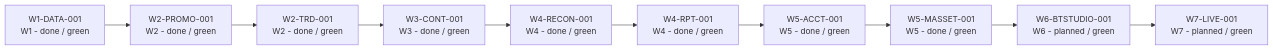
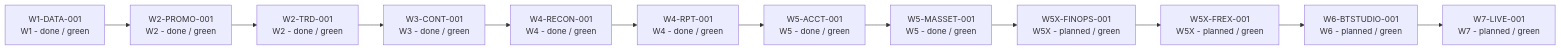
One commit to rodoHasArrived/Meridian-main changed the diagram in docs/architecture/diagrams/meridian-development-roadmap.mmd. Above: the diagram before and after it, drawn with Mermaid. The commit also changed 25 other files, not shown here.

```diff
--- a/docs/architecture/diagrams/meridian-development-roadmap.mmd
+++ b/docs/architecture/diagrams/meridian-development-roadmap.mmd
@@ -1,20 +1,24 @@
 flowchart LR
   W1_DATA_001["W1-DATA-001\nW1 - done / green"]
   W2_PROMO_001["W2-PROMO-001\nW2 - done / green"]
   W1_DATA_001 --> W2_PROMO_001
   W2_TRD_001["W2-TRD-001\nW2 - done / green"]
   W2_PROMO_001 --> W2_TRD_001
   W3_CONT_001["W3-CONT-001\nW3 - done / green"]
   W2_TRD_001 --> W3_CONT_001
   W4_RECON_001["W4-RECON-001\nW4 - done / green"]
   W3_CONT_001 --> W4_RECON_001
   W4_RPT_001["W4-RPT-001\nW4 - done / green"]
   W4_RECON_001 --> W4_RPT_001
   W5_ACCT_001["W5-ACCT-001\nW5 - done / green"]
   W4_RPT_001 --> W5_ACCT_001
   W5_MASSET_001["W5-MASSET-001\nW5 - done / green"]
   W5_ACCT_001 --> W5_MASSET_001
+  W5X_FINOPS_001["W5X-FINOPS-001\nW5X - planned / green"]
+  W5_MASSET_001 --> W5X_FINOPS_001
+  W5X_FREX_001["W5X-FREX-001\nW5X - planned / green"]
+  W5X_FINOPS_001 --> W5X_FREX_001
   W6_BTSTUDIO_001["W6-BTSTUDIO-001\nW6 - planned / green"]
-  W5_MASSET_001 --> W6_BTSTUDIO_001
+  W5X_FREX_001 --> W6_BTSTUDIO_001
   W7_LIVE_001["W7-LIVE-001\nW7 - planned / green"]
   W6_BTSTUDIO_001 --> W7_LIVE_001
```
